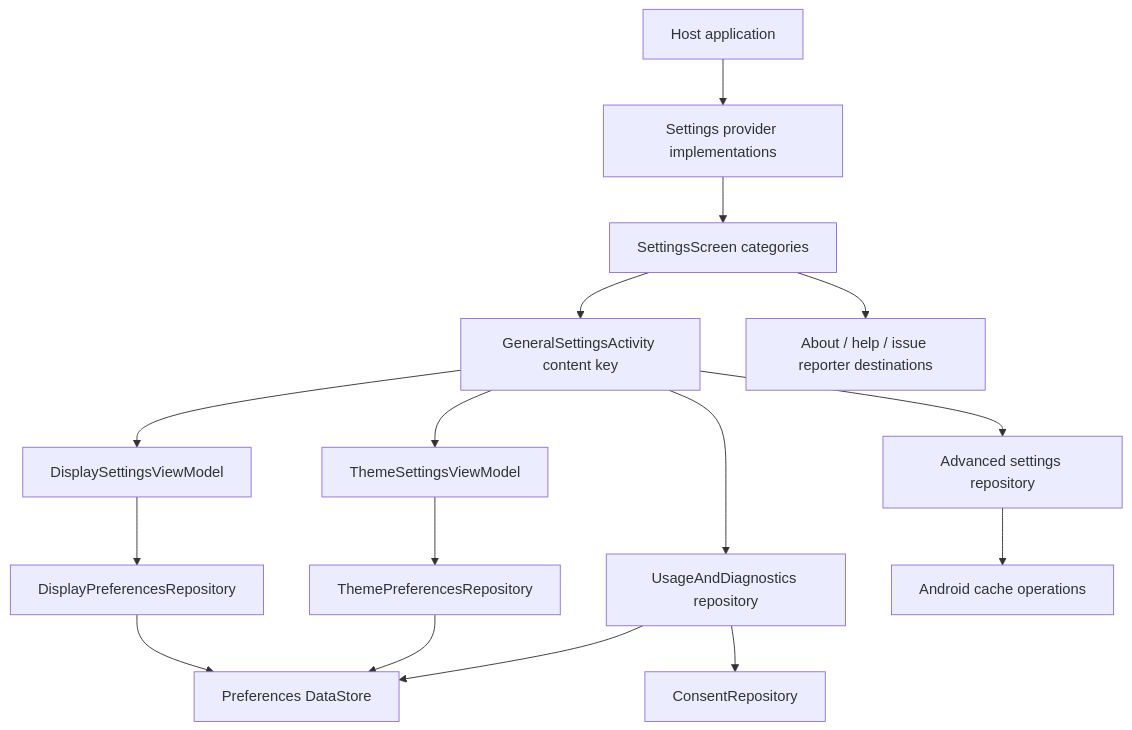
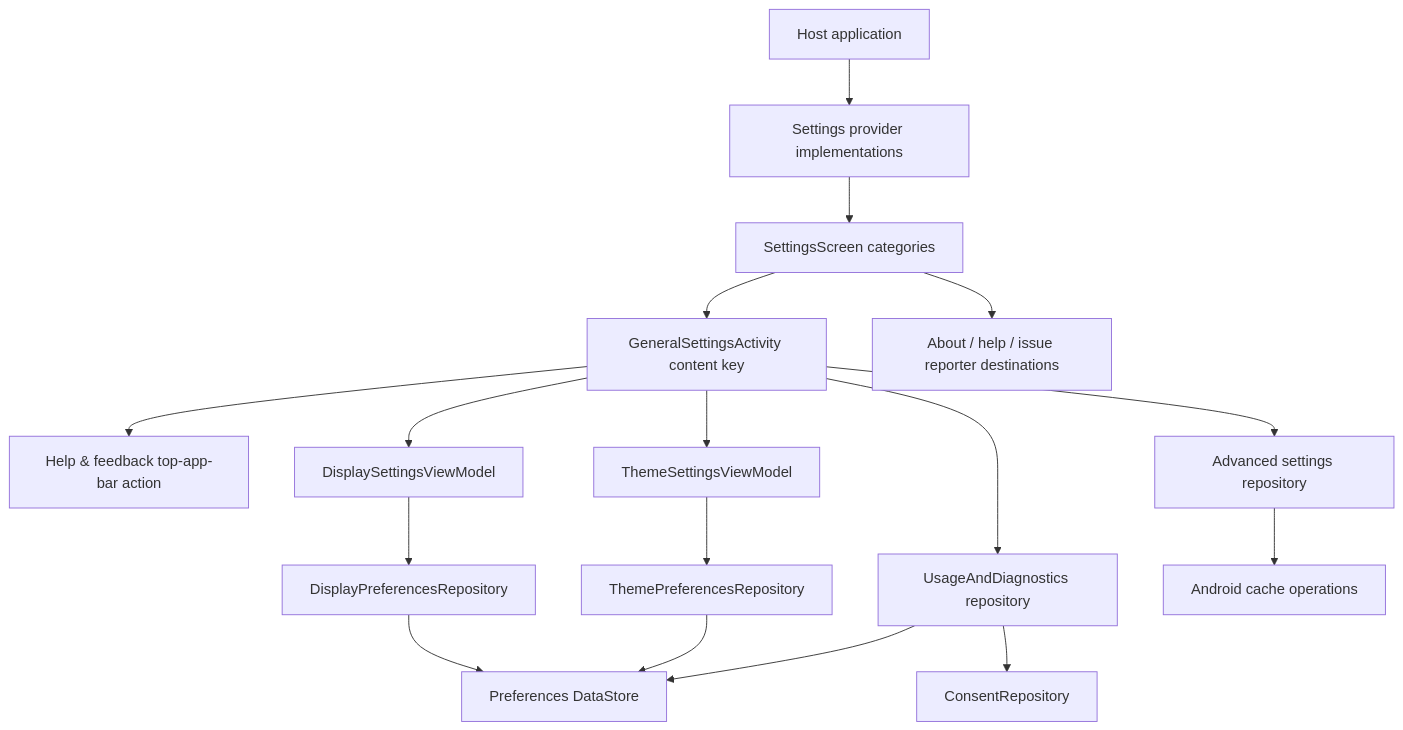
The diagram in library/feature/settings/README.md (MihaiCristianCondrea/App-Toolkit-for-Android), drawn with Mermaid before and after one commit. The commit also changed other lines of this file and 5 other files, not shown here.

Commit message:
- Added a **Help & feedback** action to the standalone General Settings top app bar.

````diff
--- a/library/feature/settings/README.md
+++ b/library/feature/settings/README.md
@@ -44,18 +45,19 @@
 ```mermaid
 flowchart TD
     Host[Host application] --> Providers[Settings provider implementations]
     Providers --> Root[SettingsScreen categories]
     Root --> General[GeneralSettingsActivity content key]
+    General --> Help[Help & feedback top-app-bar action]
     General --> Display[DisplaySettingsViewModel]
     General --> Theme[ThemeSettingsViewModel]
     General --> Advanced[Advanced settings repository]
     General --> Diagnostics[UsageAndDiagnostics repository]
     Display --> DisplayRepo[DisplayPreferencesRepository]
     Theme --> ThemeRepo[ThemePreferencesRepository]
     DisplayRepo --> Store[Preferences DataStore]
     ThemeRepo --> Store
     Advanced --> Cache[Android cache operations]
     Diagnostics --> Store
     Diagnostics --> Consent[ConsentRepository]
     Root --> Related[About / help / issue reporter destinations]
 ```
````
